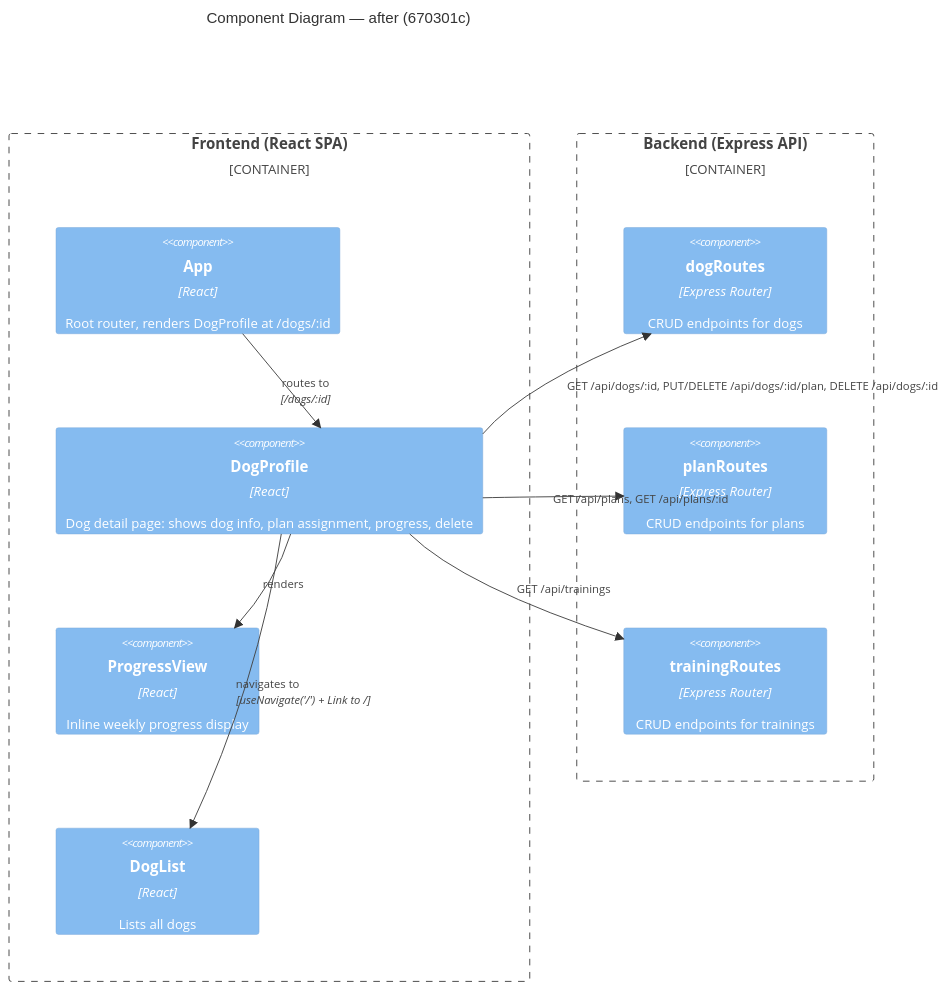
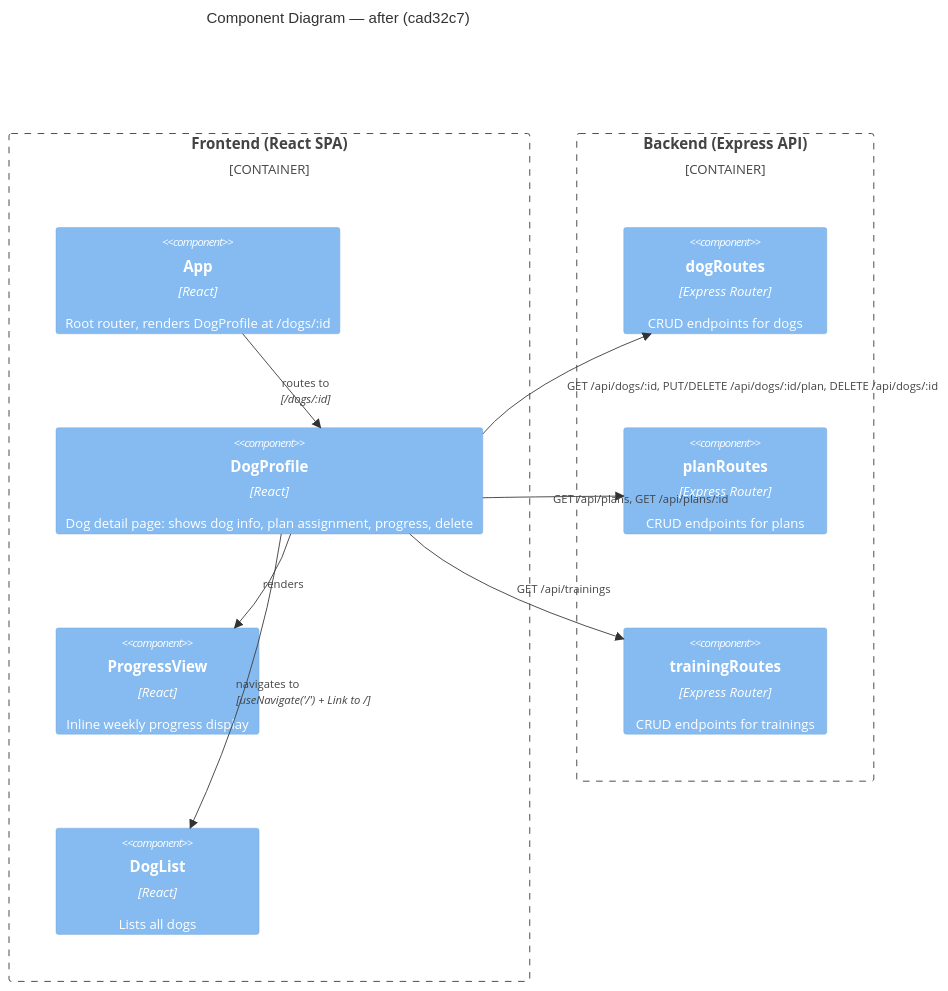
The diagram in artifacts/after.component.md (jovaneyck/software-factory-demo), drawn with Mermaid before and after one commit. The commit also changed other lines of this file and 1 other file, not shown here.

Commit message:
docs: regenerate C4 architecture diff for final branch state

````diff
--- a/artifacts/after.component.md
+++ b/artifacts/after.component.md
@@ -5,24 +5,24 @@
 ```mermaid
 C4Component
-  title Component Diagram — after (670301c)
+  title Component Diagram — after (cad32c7)
 
   Container_Boundary(frontend, "Frontend (React SPA)") {
     Component(app, "App", "React", "Root router, renders DogProfile at /dogs/:id")
     Component(dogProfile, "DogProfile", "React", "Dog detail page: shows dog info, plan assignment, progress, delete")
     Component(progressView, "ProgressView", "React", "Inline weekly progress display")
     Component(dogList, "DogList", "React", "Lists all dogs")
   }
 
   Container_Boundary(backend, "Backend (Express API)") {
     Component(dogRoutes, "dogRoutes", "Express Router", "CRUD endpoints for dogs")
     Component(planRoutes, "planRoutes", "Express Router", "CRUD endpoints for plans")
     Component(trainingRoutes, "trainingRoutes", "Express Router", "CRUD endpoints for trainings")
   }
 
   Rel(app, dogProfile, "routes to", "/dogs/:id")
   Rel(dogProfile, progressView, "renders")
   Rel(dogProfile, dogRoutes, "GET /api/dogs/:id, PUT/DELETE /api/dogs/:id/plan, DELETE /api/dogs/:id")
   Rel(dogProfile, planRoutes, "GET /api/plans, GET /api/plans/:id")
   Rel(dogProfile, trainingRoutes, "GET /api/trainings")
   Rel(dogProfile, dogList, "navigates to", "useNavigate('/') + Link to /")
 ```
````
